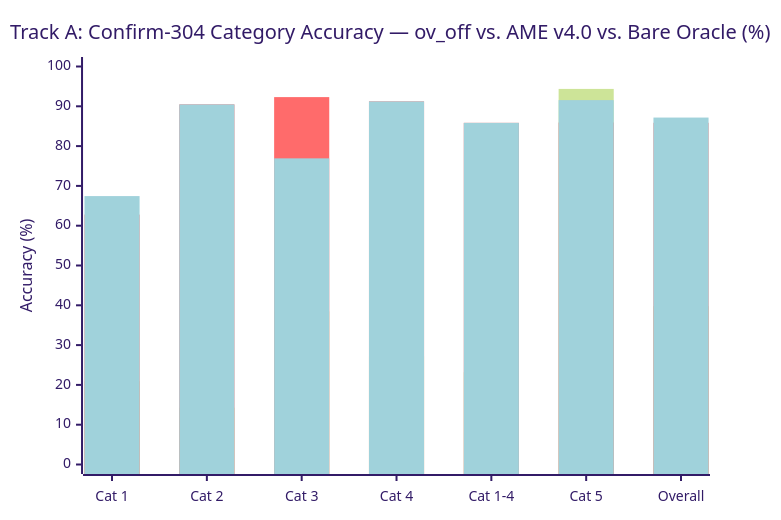
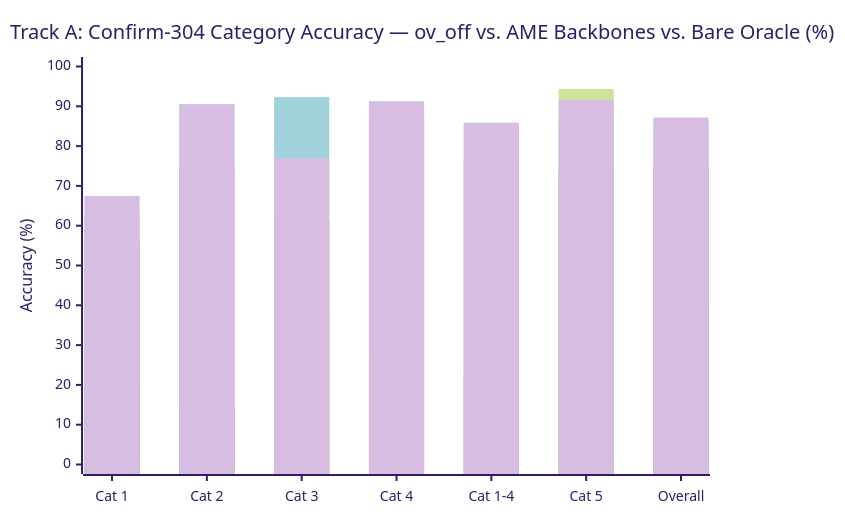
Before and after one commit to bearrhee/artificial-mind-engine: the second of 7 diagrams in docs/benchmarks.md, drawn with Mermaid (forest theme). The commit also changed other lines of this file and 7 other files, not shown here.

Commit message:
docs: add Gemma 4 26B benchmarks, standout charts, and contact info

````diff
--- a/docs/benchmarks.md
+++ b/docs/benchmarks.md
@@ -42,9 +46,10 @@
 ```mermaid
 xychart-beta
-  title "Track A: Confirm-304 Category Accuracy — ov_off vs. AME v4.0 vs. Bare Oracle (%)"
+  title "Track A: Confirm-304 Category Accuracy — ov_off vs. AME Backbones vs. Bare Oracle (%)"
   x-axis ["Cat 1", "Cat 2", "Cat 3", "Cat 4", "Cat 1-4", "Cat 5", "Overall"]
   y-axis "Accuracy (%)" 0 --> 100
   bar [20.93, 14.29, 38.46, 27.19, 23.18, 94.37, 39.80]
+  bar [55.81, 74.60, 61.54, 86.84, 76.39, 73.24, 75.66]
   bar [62.79, 90.48, 92.31, 91.23, 85.84, 85.92, 85.86]
   bar [67.44, 90.48, 76.92, 91.23, 85.84, 91.55, 87.17]
 ```
````
